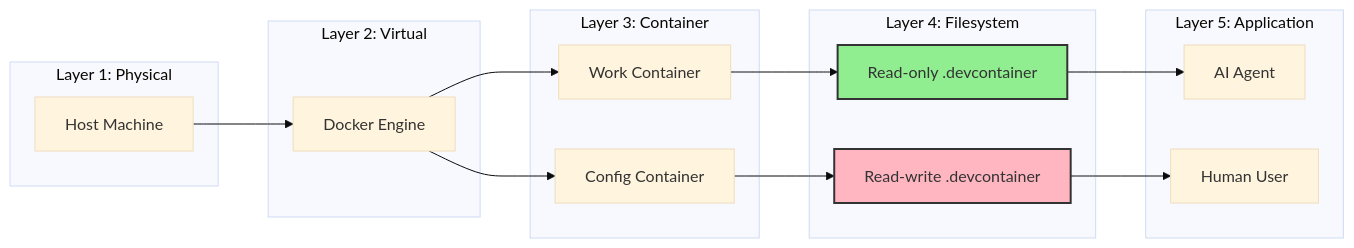
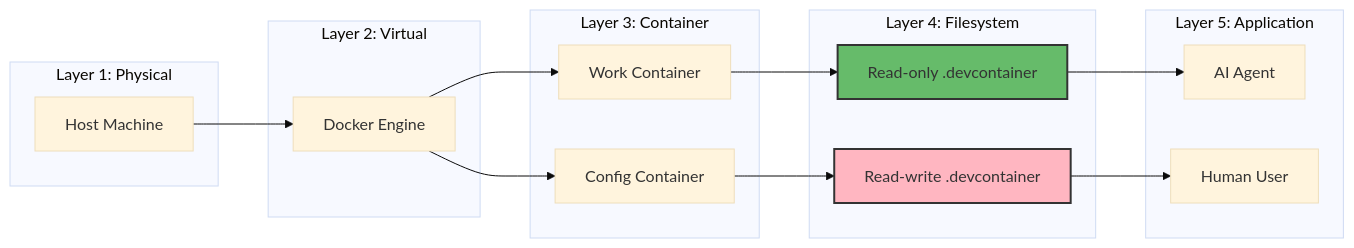
The second of 4 diagrams in sparc/3-architecture/diagrams/02-container-orchestration.md (ManuelKugelmann/BitBot), drawn with Mermaid (base theme) before and after one commit. The commit also changed other lines of this file and 6 other files, not shown here.

First line of the commit message:
Improve diagram colors for better dark text contrast

````diff
--- a/sparc/3-architecture/diagrams/02-container-orchestration.md
+++ b/sparc/3-architecture/diagrams/02-container-orchestration.md
@@ -153,36 +153,36 @@
 ```mermaid
 graph LR
     subgraph "Layer 1: Physical"
         HOST[Host Machine]
     end
 
     subgraph "Layer 2: Virtual"
         DOCKER[Docker Engine]
     end
 
     subgraph "Layer 3: Container"
         WORK[Work Container]
         CONFIG[Config Container]
     end
 
     subgraph "Layer 4: Filesystem"
         WORKRO[Read-only .devcontainer]
         CONFIGRW[Read-write .devcontainer]
     end
 
     subgraph "Layer 5: Application"
         AI[AI Agent]
         HUMAN[Human User]
     end
 
     HOST --> DOCKER
     DOCKER --> WORK
     DOCKER --> CONFIG
     WORK --> WORKRO
     CONFIG --> CONFIGRW
     WORKRO --> AI
     CONFIGRW --> HUMAN
 
-    style WORKRO fill:#90ee90,stroke:#333,stroke-width:2px
+    style WORKRO fill:#66bb6a,stroke:#333,stroke-width:2px
     style CONFIGRW fill:#ffb6c1,stroke:#333,stroke-width:2px
 ```
````
